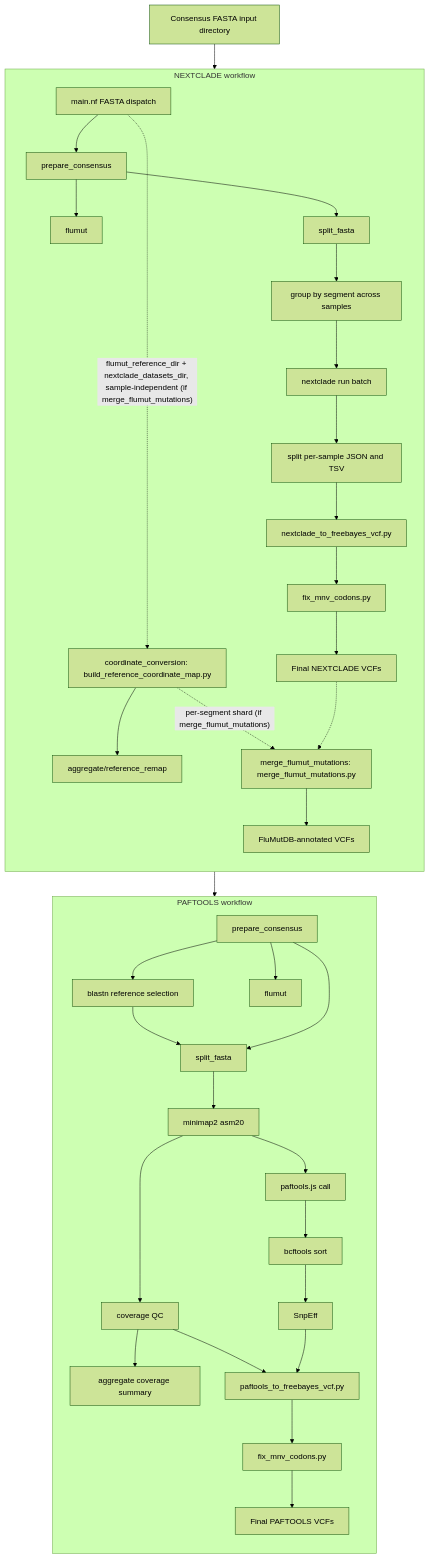
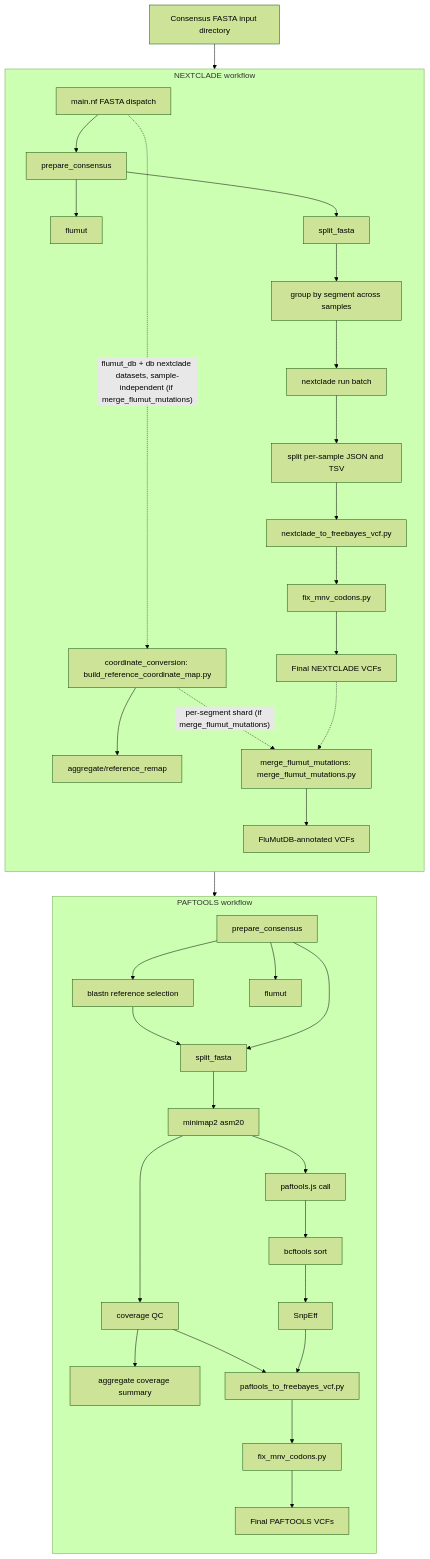
The diagram in README.md (BCCDC-PHL/fluscan-nf), drawn with Mermaid (forest theme) before and after one commit. The commit also changed other lines of this file and 16 other files, not shown here.

````diff
--- a/README.md
+++ b/README.md
@@ -44,72 +44,72 @@
 ```mermaid
 flowchart TD
     input[Consensus FASTA input directory]
     dispatch[main.nf FASTA dispatch]
 
     input --> dispatch
     dispatch --> paftools_prepare
     dispatch --> nextclade_prepare
 
     subgraph PAFTOOLS[PAFTOOLS workflow]
         direction TB
         paftools_prepare[prepare_consensus]
         paftools_flumut[flumut]
         blastn[blastn reference selection]
         split_ref[split_fasta]
         minimap[minimap2 asm20]
         covqc[coverage QC]
         covagg[aggregate coverage summary]
         paftools_call[paftools.js call]
         sortvcf[bcftools sort]
         snpeff[SnpEff]
         paf2fb[paftools_to_freebayes_vcf.py]
         fixmnv_paf[fix_mnv_codons.py]
         paf_final[Final PAFTOOLS VCFs]
 
         paftools_prepare --> blastn
         paftools_prepare --> paftools_flumut
         paftools_prepare --> split_ref
         blastn --> split_ref
         split_ref --> minimap
         minimap --> covqc
         covqc --> covagg
         minimap --> paftools_call
         paftools_call --> sortvcf
         sortvcf --> snpeff
         snpeff --> paf2fb
         covqc --> paf2fb
         paf2fb --> fixmnv_paf
         fixmnv_paf --> paf_final
     end
 
     subgraph NEXTCLADE[NEXTCLADE workflow]
         direction TB
         nextclade_prepare[prepare_consensus]
         nextclade_flumut[flumut]
         split_consensus[split_fasta]
         groupseg[group by segment across samples]
         nc_run[nextclade run batch]
         split_results[split per-sample JSON and TSV]
         nc2vcf[nextclade_to_freebayes_vcf.py]
         fixmnv_nc[fix_mnv_codons.py]
         nc_final[Final NEXTCLADE VCFs]
         coord_map[coordinate_conversion: build_reference_coordinate_map.py]
         coord_final[aggregate/reference_remap]
         flumut_merge[merge_flumut_mutations: merge_flumut_mutations.py]
         flumut_merged[FluMutDB-annotated VCFs]
 
         nextclade_prepare --> nextclade_flumut
         nextclade_prepare --> split_consensus
         split_consensus --> groupseg
         groupseg --> nc_run
         nc_run --> split_results
         split_results --> nc2vcf
         nc2vcf --> fixmnv_nc
         fixmnv_nc --> nc_final
-        dispatch -.->|"flumut_reference_dir + nextclade_datasets_dir, sample-independent (if merge_flumut_mutations)"| coord_map
+        dispatch -.->|"flumut_db + db nextclade datasets, sample-independent (if merge_flumut_mutations)"| coord_map
         coord_map --> coord_final
         coord_map -.->|"per-segment shard (if merge_flumut_mutations)"| flumut_merge
         nc_final -.-> flumut_merge
         flumut_merge --> flumut_merged
     end
 ```
````
